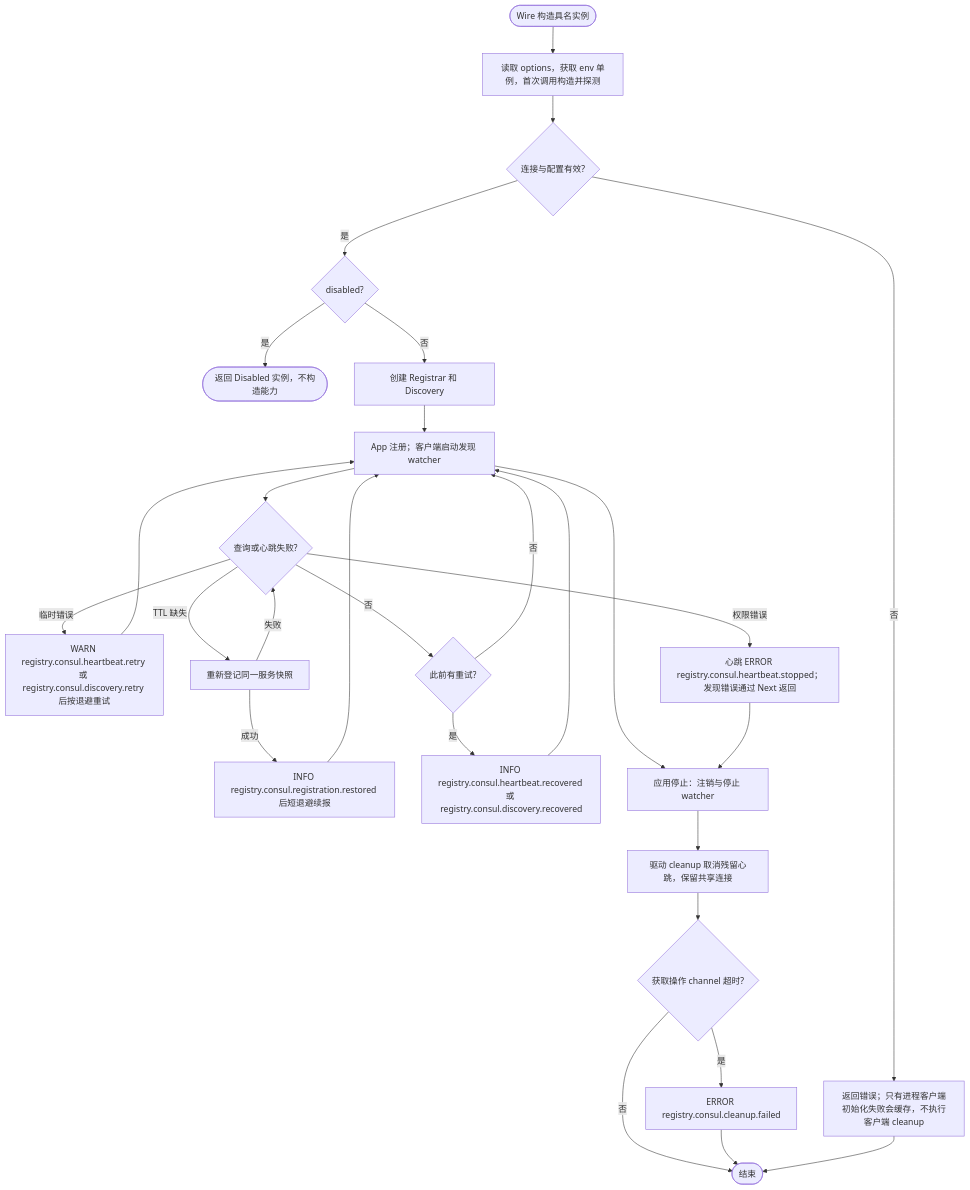
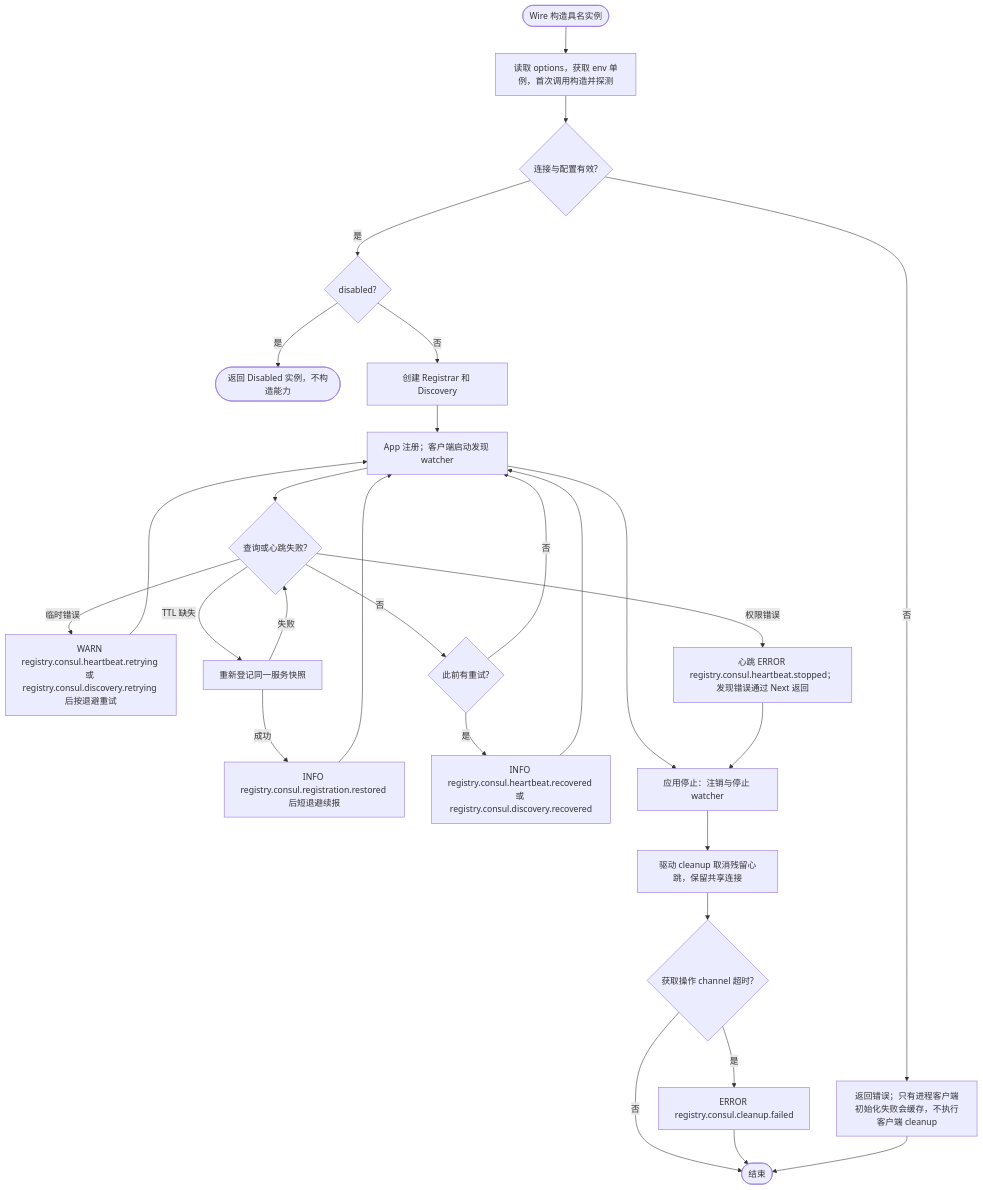
The diagram in contrib/registry/consul/README.md (jaggerzhuang1994/kratos-foundation), drawn with Mermaid before and after one commit. The commit also changed 56 other files, not shown here.

````diff
--- a/contrib/registry/consul/README.md
+++ b/contrib/registry/consul/README.md
@@ -22,30 +22,30 @@
 ```mermaid
 flowchart TD
  A([Wire 构造具名实例]) --> B[读取 options，获取 env 单例，首次调用构造并探测]
  B --> C{连接与配置有效?}
  C -- 否 --> X[返回错误；只有进程客户端初始化失败会缓存，不执行客户端 cleanup]
  C -- 是 --> Z{disabled?}
  Z -- 是 --> V([返回 Disabled 实例，不构造能力])
  Z -- 否 --> D[创建 Registrar 和 Discovery]
  D --> E[App 注册；客户端启动发现 watcher]
  E --> F{查询或心跳失败?}
- F -- 临时错误 --> G[WARN registry.consul.heartbeat.retry 或 registry.consul.discovery.retry 后按退避重试]
+ F -- 临时错误 --> G[WARN registry.consul.heartbeat.retrying 或 registry.consul.discovery.retrying 后按退避重试]
  G --> E
  F -- 权限错误 --> H[心跳 ERROR registry.consul.heartbeat.stopped；发现错误通过 Next 返回]
  F -- TTL 缺失 --> T[重新登记同一服务快照]
  T -- 成功 --> U[INFO registry.consul.registration.restored 后短退避续报]
  U --> E
  T -- 失败 --> F
  F -- 否 --> R{此前有重试?}
  R -- 是 --> S[INFO registry.consul.heartbeat.recovered 或 registry.consul.discovery.recovered]
  S --> E
  R -- 否 --> E
  E --> I[应用停止：注销与停止 watcher]
  H --> I
  I --> J[驱动 cleanup 取消残留心跳，保留共享连接]
  J --> J1{获取操作 channel 超时?}
  J1 -- 是 --> J2[ERROR registry.consul.cleanup.failed]
  J1 -- 否 --> K([结束])
  J2 --> K
  X --> K
 ```
````
